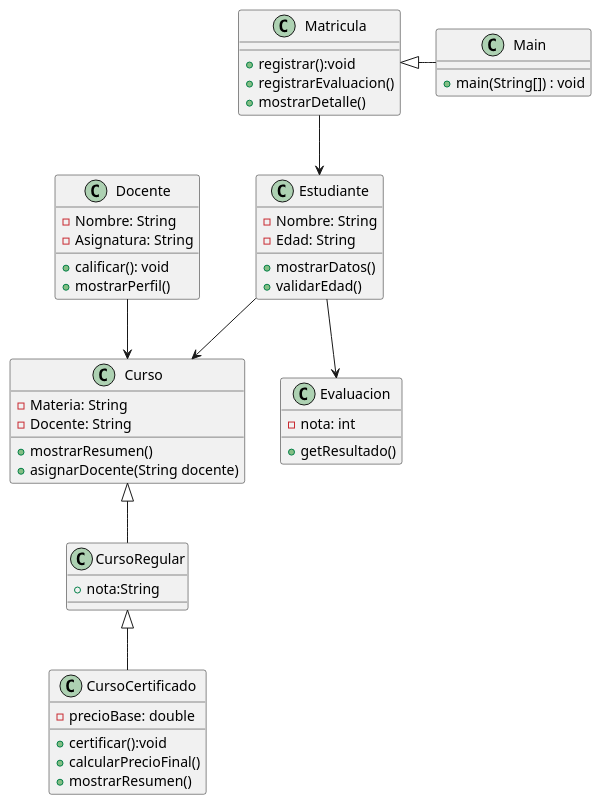
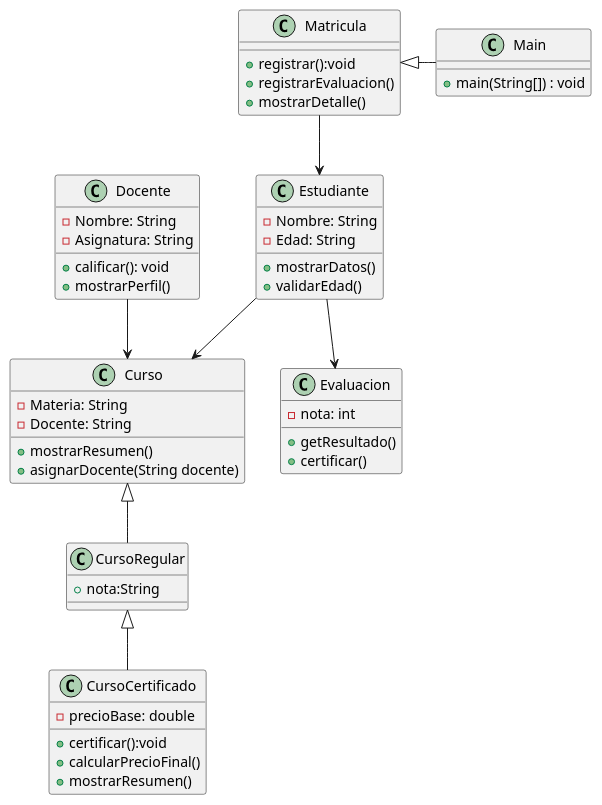
One commit to DiegoM-Hack/ExamenPoo changed the diagram in src/EPN-PLUS.puml. Above: the diagram before and after it, drawn with PlantUML.

```diff
--- a/src/EPN-PLUS.puml
+++ b/src/EPN-PLUS.puml
@@ -1,60 +1,61 @@
 @startuml
 'https://plantuml.com/class-diagram
 
  class Curso{
 -Materia: String
 -Docente: String
 +mostrarResumen()
 +asignarDocente(String docente)
 }
 class CursoRegular{
 +nota:String
 }
 class CursoCertificado{
 -precioBase: double
 +certificar():void
 +calcularPrecioFinal()
 +mostrarResumen()
 }
 class Estudiante{
 -Nombre: String
 -Edad: String
 +mostrarDatos()
 +validarEdad()
 }
 class Docente{
 -Nombre: String
 -Asignatura: String
 +calificar(): void
 +mostrarPerfil()
 }
 class Matricula{
 +registrar():void
 +registrarEvaluacion()
 +mostrarDetalle()
 }
 
 class Evaluacion{
 -nota: int
 +getResultado()
++certificar()
 }
 class Main{
 + main(String[]) : void
 }
 
 Curso <|-- CursoRegular
 CursoRegular <|-- CursoCertificado
 
 Estudiante --> Curso
 Docente --> Curso
 
 
 Matricula <|- Main
 
 Matricula --> Estudiante
 
 
 Estudiante --> Evaluacion
 
 
 @enduml
```
